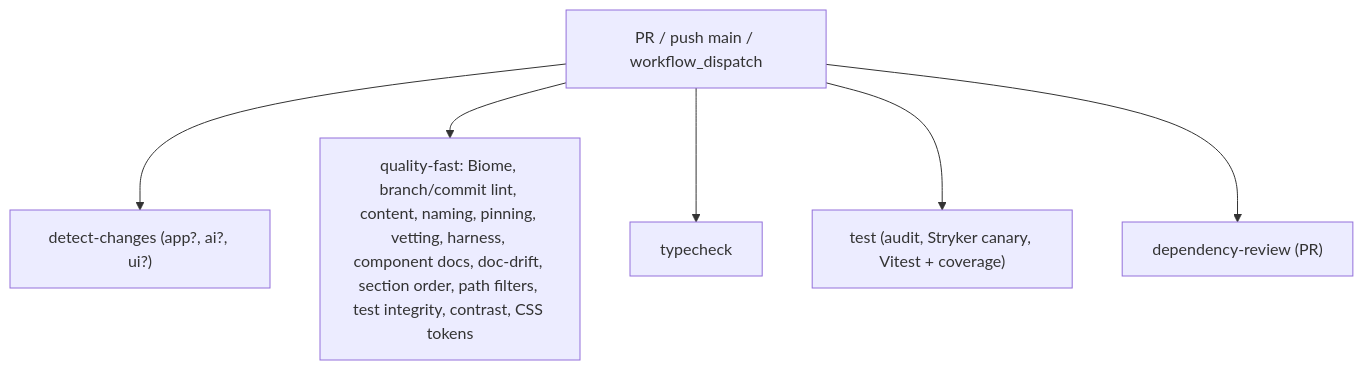
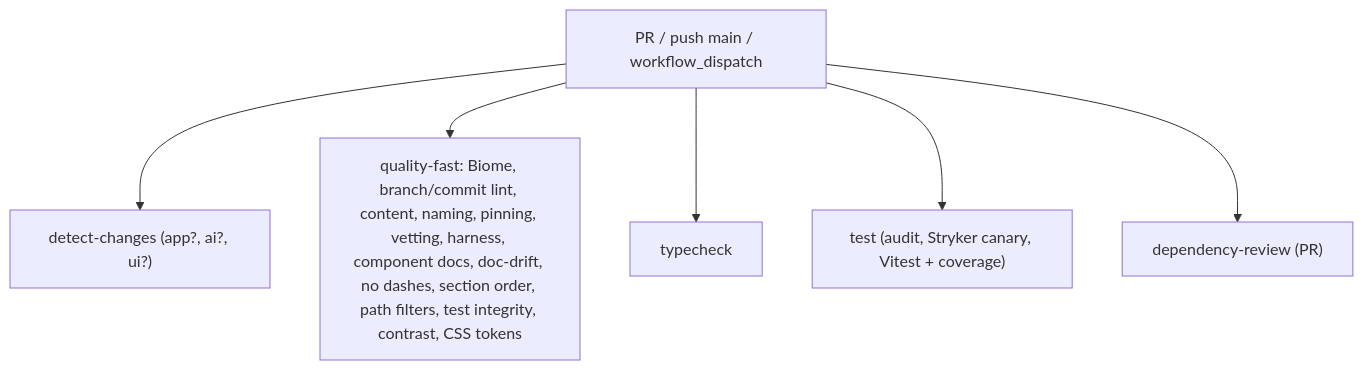
The fourth of 8 diagrams in docs/07-workflows.md (erikunha/portfolio), drawn with Mermaid before and after one commit. The commit also changed other lines of this file and 7 other files, not shown here.

````diff
--- a/docs/07-workflows.md
+++ b/docs/07-workflows.md
@@ -172,8 +173,8 @@
 ```mermaid
 flowchart TD
     pr["PR / push main / workflow_dispatch"] --> dc["detect-changes (app?, ai?, ui?)"]
-    pr --> qf["quality-fast: Biome, branch/commit lint, content, naming, pinning, vetting, harness, component docs, doc-drift, section order, path filters, test integrity, contrast, CSS tokens"]
+    pr --> qf["quality-fast: Biome, branch/commit lint, content, naming, pinning, vetting, harness, component docs, doc-drift, no dashes, section order, path filters, test integrity, contrast, CSS tokens"]
     pr --> tc["typecheck"]
     pr --> t["test (audit, Stryker canary, Vitest + coverage)"]
     pr --> dr["dependency-review (PR)"]
 ```
````
